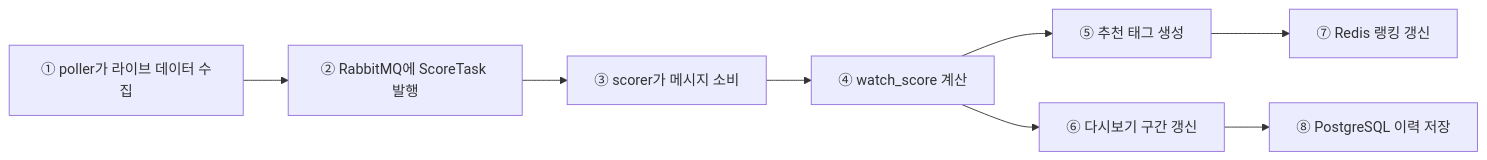
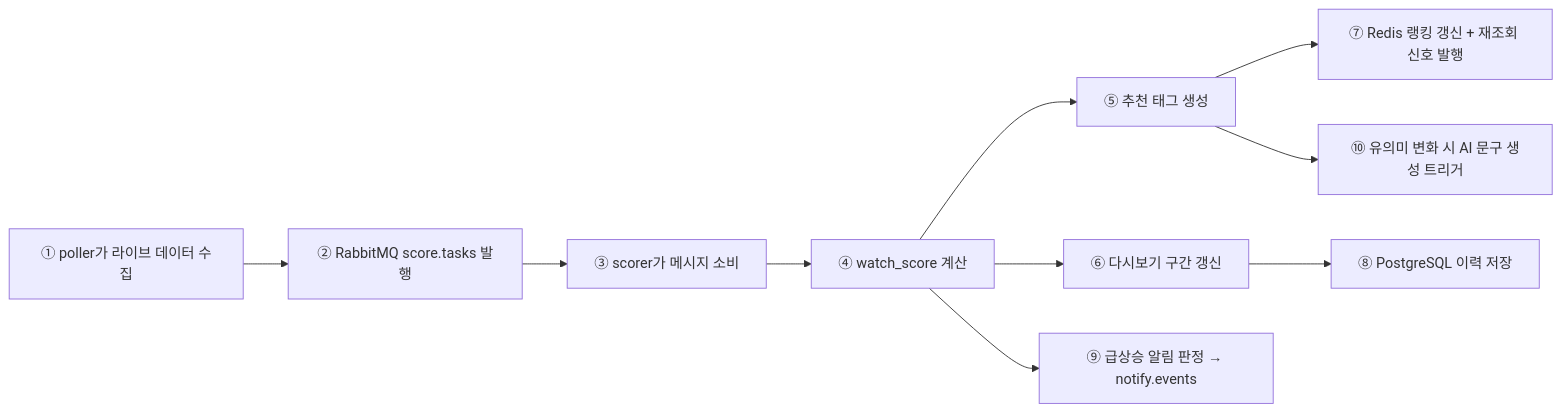
The third of 5 diagrams in docs/ARCHITECTURE_AND_DATA_FLOW.md (team-pulse-mlb/pulse-project), drawn with Mermaid before and after one commit. The commit also changed other lines of this file and 11 other files, not shown here.

````diff
--- a/docs/ARCHITECTURE_AND_DATA_FLOW.md
+++ b/docs/ARCHITECTURE_AND_DATA_FLOW.md
@@ -95,10 +105,12 @@
 ```mermaid
 flowchart LR
-    A["① poller가 라이브 데이터 수집"] --> B["② RabbitMQ에 ScoreTask 발행"]
+    A["① poller가 라이브 데이터 수집"] --> B["② RabbitMQ score.tasks 발행"]
     B --> C["③ scorer가 메시지 소비"]
     C --> D["④ watch_score 계산"]
     D --> E["⑤ 추천 태그 생성"]
     D --> F["⑥ 다시보기 구간 갱신"]
-    E --> G["⑦ Redis 랭킹 갱신"]
+    E --> G["⑦ Redis 랭킹 갱신 + 재조회 신호 발행"]
     F --> H["⑧ PostgreSQL 이력 저장"]
+    D --> I["⑨ 급상승 알림 판정 → notify.events"]
+    E --> J["⑩ 유의미 변화 시 AI 문구 생성 트리거"]
 ```
````
